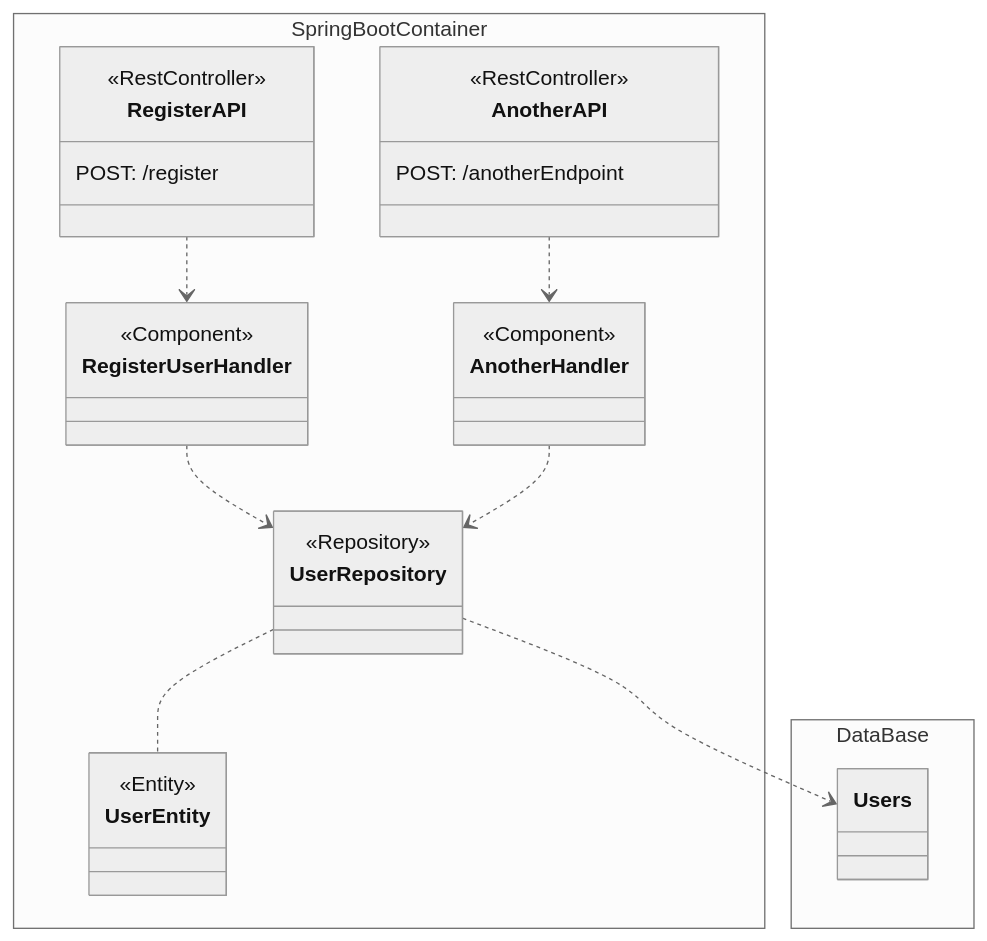
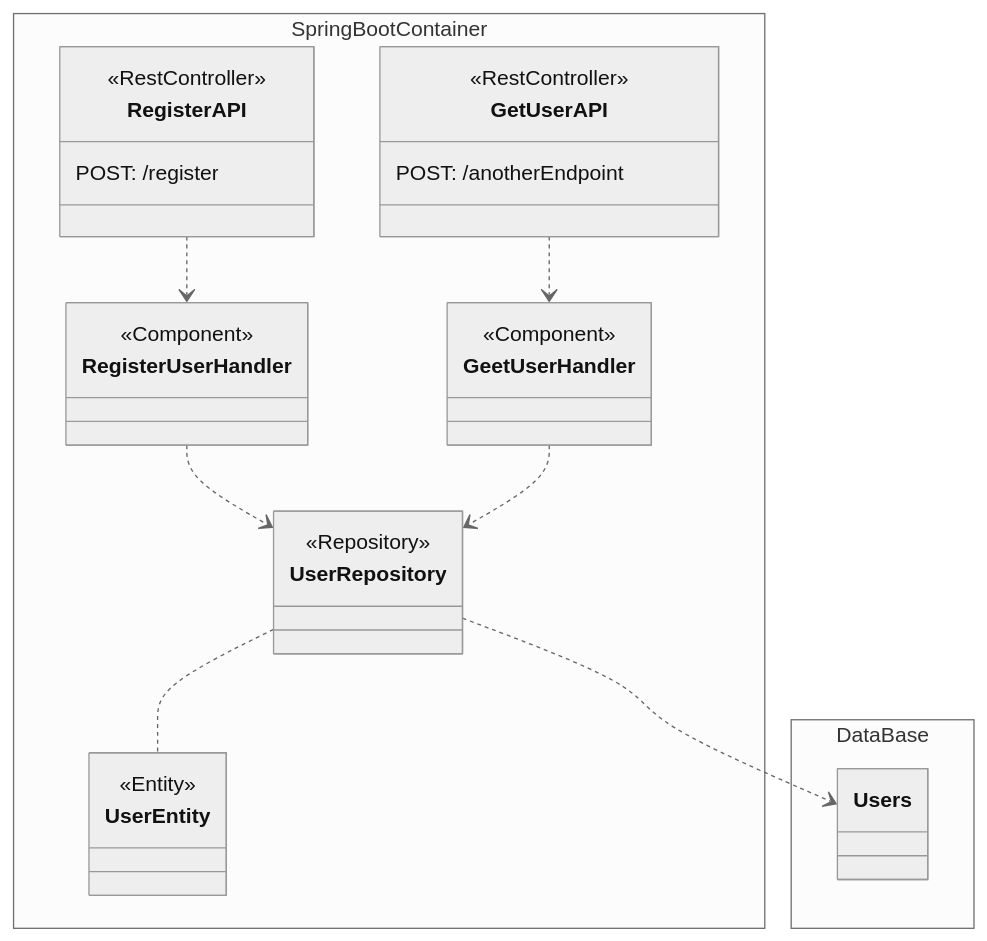
The diagram in README.md (leocamachocr/kotlin-spring-boot-integration), drawn with Mermaid before and after one commit. The commit also changed other lines of this file and 3 other files, not shown here.

````diff
--- a/README.md
+++ b/README.md
@@ -133,38 +132,38 @@
 ```mermaid
 %%{init: {'theme':'neutral'}}%%
 classDiagram
     namespace SpringBootContainer {
         class RegisterAPI {
             POST: /register
             <<RestController>>
         }
-        class AnotherAPI {
+        class GetUserAPI {
             POST: /anotherEndpoint
             <<RestController>>
         }
         class RegisterUserHandler {
             <<Component>>
         }
 
-        class AnotherHandler {
+        class GeetUserHandler {
             <<Component>>
         }
         class UserRepository {
             <<Repository>>
         }
         class UserEntity {
             <<Entity>>
         }
     }
     namespace DataBase {
         class Users
     }
 
   RegisterAPI ..> RegisterUserHandler
-  AnotherAPI ..> AnotherHandler
+  GetUserAPI ..> GeetUserHandler
   RegisterUserHandler ..> UserRepository
-  AnotherHandler ..> UserRepository
+  GeetUserHandler ..> UserRepository
   UserRepository ..> Users
   UserRepository .. UserEntity
 
 ```
````
